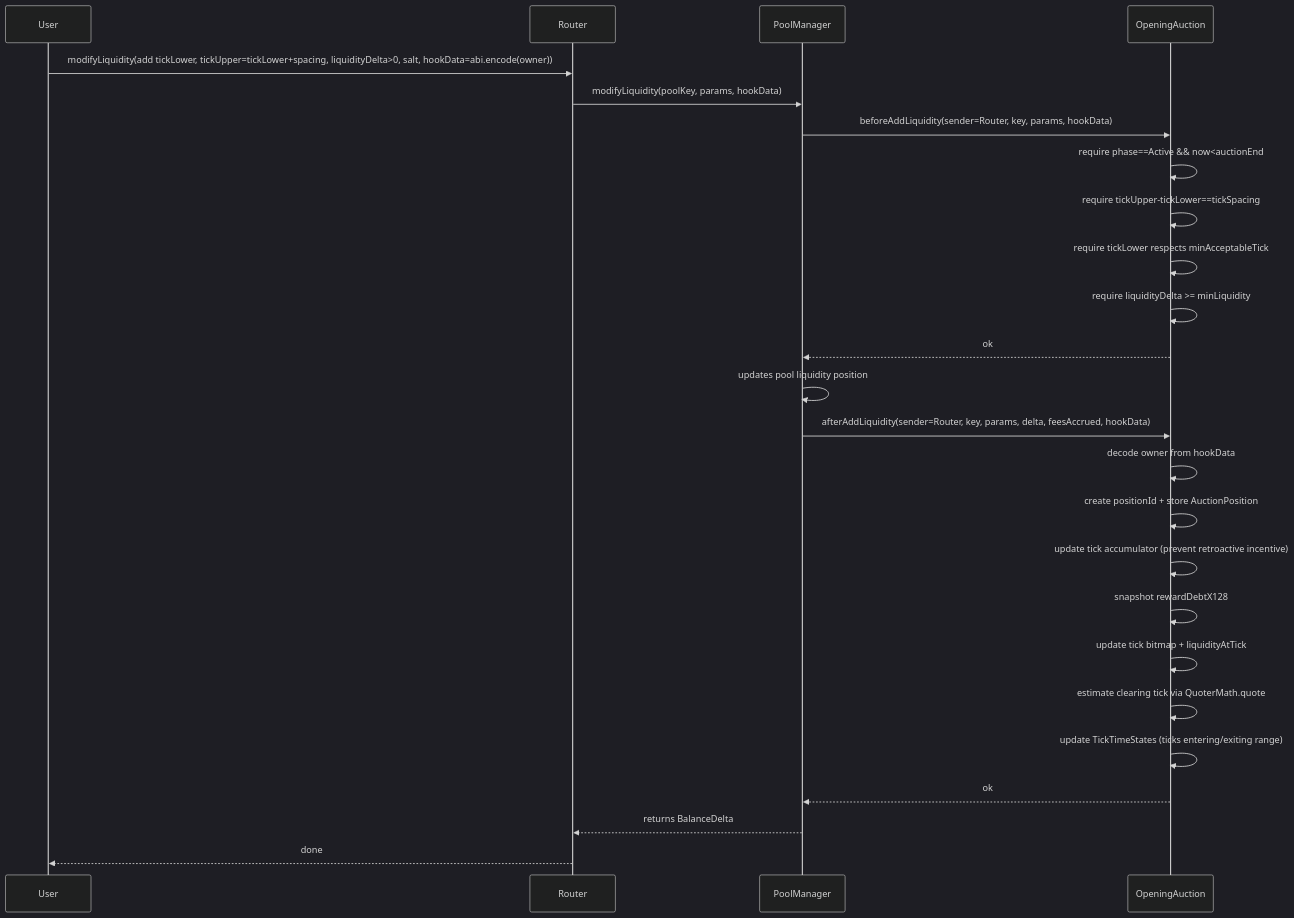
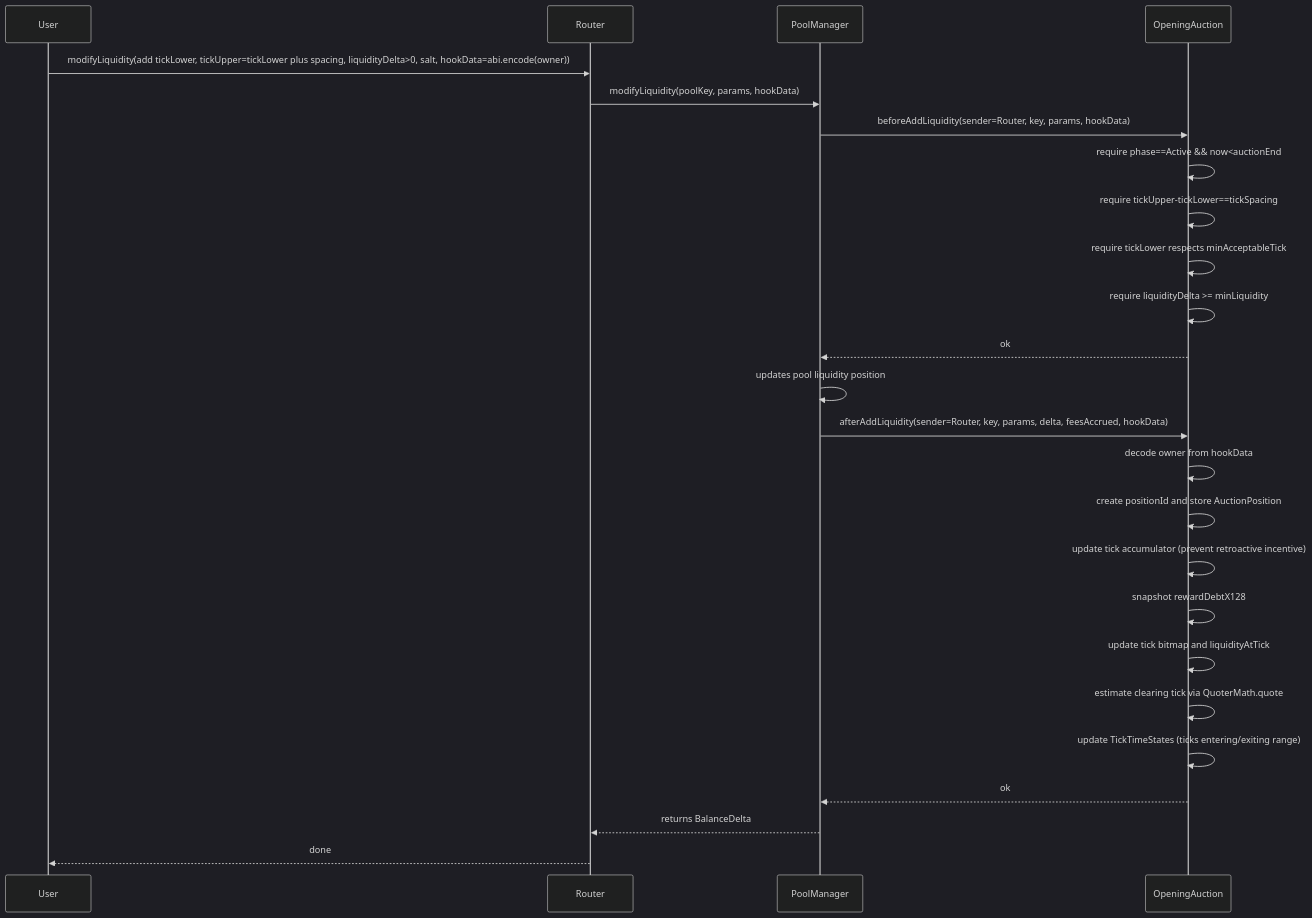
The fifth of 7 diagrams in docs/OpeningAuctions.md (whetstoneresearch/doppler), drawn with Mermaid (dark theme) before and after one commit. The commit also changed other lines of this file, not shown here.

Commit message:
Fix mermaid diagrams in opening auctions docs

````diff
--- a/docs/OpeningAuctions.md
+++ b/docs/OpeningAuctions.md
@@ -289,30 +289,30 @@
 ```mermaid
 sequenceDiagram
   participant User
   participant Router
   participant PM as PoolManager
   participant Hook as OpeningAuction
 
-  User->>Router: modifyLiquidity(add tickLower, tickUpper=tickLower+spacing, liquidityDelta>0, salt, hookData=abi.encode(owner))
+  User->>Router: modifyLiquidity(add tickLower, tickUpper=tickLower plus spacing, liquidityDelta>0, salt, hookData=abi.encode(owner))
   Router->>PM: modifyLiquidity(poolKey, params, hookData)
   PM->>Hook: beforeAddLiquidity(sender=Router, key, params, hookData)
   Hook->>Hook: require phase==Active && now<auctionEnd
   Hook->>Hook: require tickUpper-tickLower==tickSpacing
   Hook->>Hook: require tickLower respects minAcceptableTick
   Hook->>Hook: require liquidityDelta >= minLiquidity
   Hook-->>PM: ok
 
   PM->>PM: updates pool liquidity position
   PM->>Hook: afterAddLiquidity(sender=Router, key, params, delta, feesAccrued, hookData)
 
   Hook->>Hook: decode owner from hookData
-  Hook->>Hook: create positionId + store AuctionPosition
+  Hook->>Hook: create positionId and store AuctionPosition
   Hook->>Hook: update tick accumulator (prevent retroactive incentive)
   Hook->>Hook: snapshot rewardDebtX128
-  Hook->>Hook: update tick bitmap + liquidityAtTick
+  Hook->>Hook: update tick bitmap and liquidityAtTick
   Hook->>Hook: estimate clearing tick via QuoterMath.quote
   Hook->>Hook: update TickTimeStates (ticks entering/exiting range)
   Hook-->>PM: ok
   PM-->>Router: returns BalanceDelta
   Router-->>User: done
 ```
````
